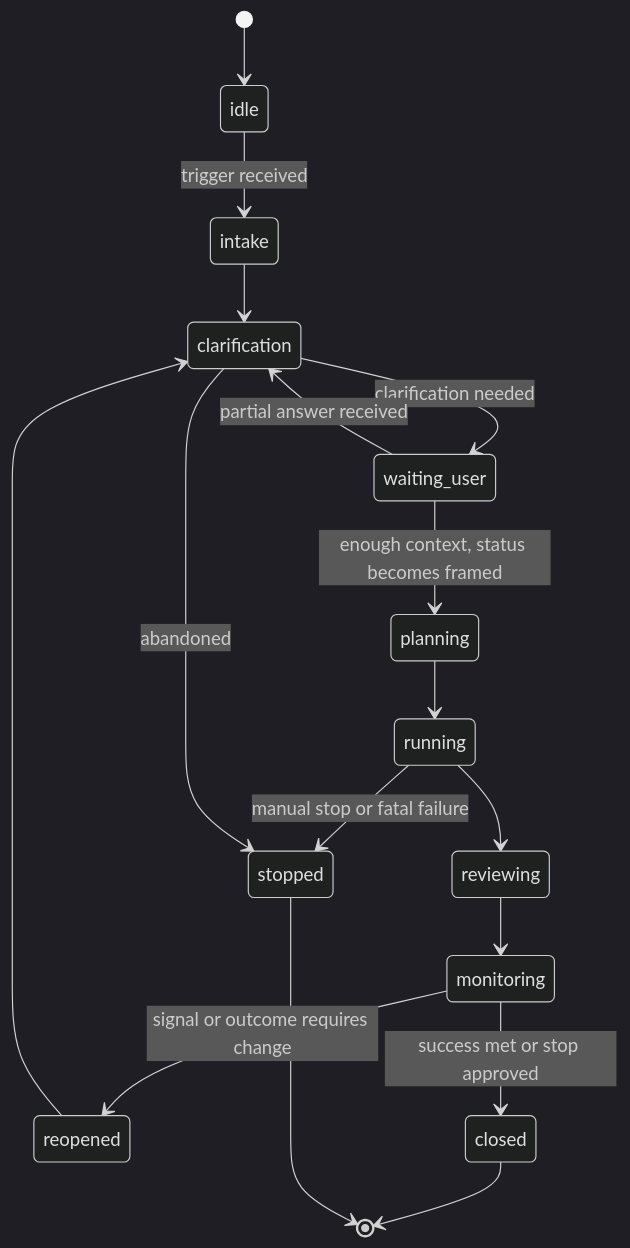
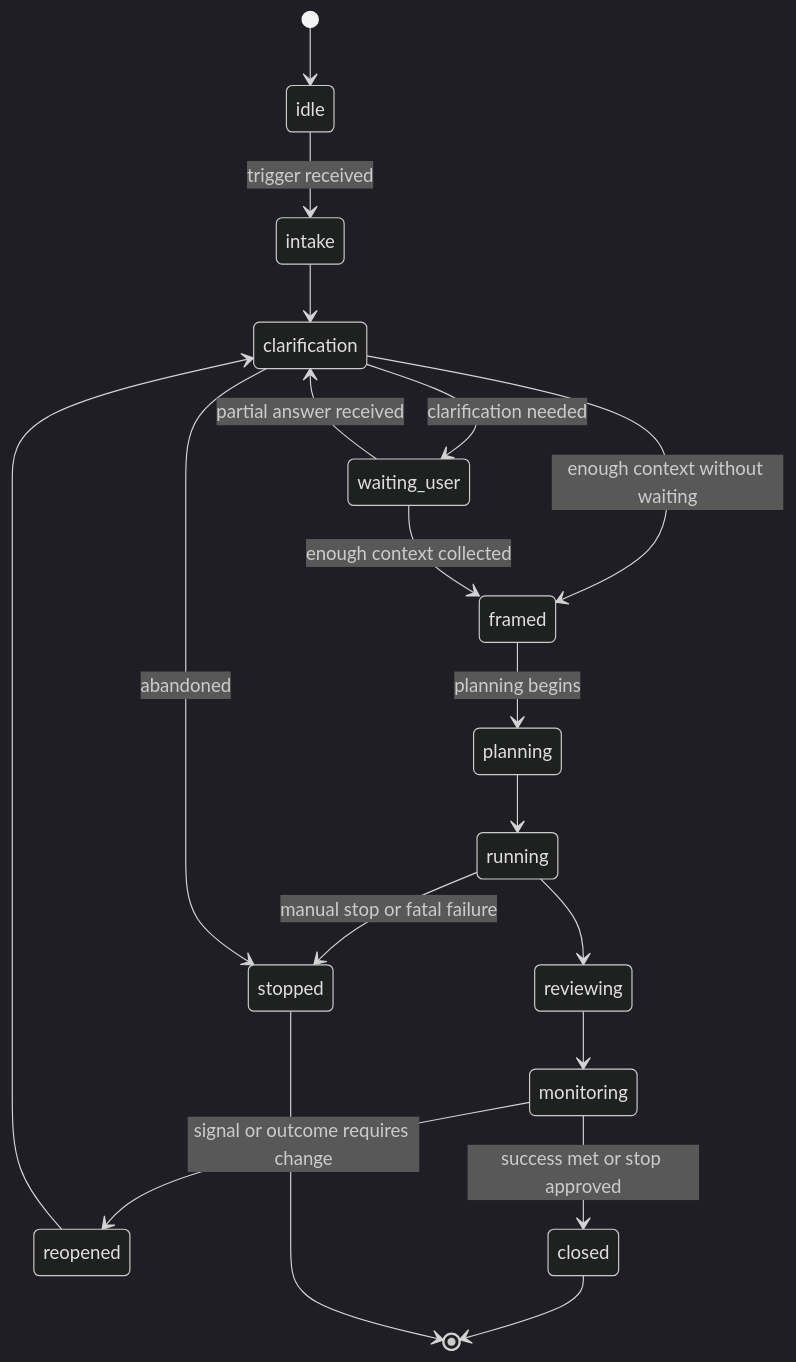
One commit to popcoondev/ai-organization-framework changed the diagram in docs/runtime-session-model.md. Above: the diagram before and after it, drawn with Mermaid (dark theme). The commit also changed other lines of this file and 7 other files, not shown here.

````diff
--- a/docs/runtime-session-model.md
+++ b/docs/runtime-session-model.md
@@ -61,19 +61,21 @@
 ```mermaid
 stateDiagram-v2
     [*] --> idle
     idle --> intake: trigger received
     intake --> clarification
     clarification --> waiting_user: clarification needed
+    clarification --> framed: enough context without waiting
     waiting_user --> clarification: partial answer received
-    waiting_user --> planning: enough context, status becomes framed
+    waiting_user --> framed: enough context collected
+    framed --> planning: planning begins
     planning --> running
     running --> reviewing
     reviewing --> monitoring
     monitoring --> reopened: signal or outcome requires change
     reopened --> clarification
     monitoring --> closed: success met or stop approved
     running --> stopped: manual stop or fatal failure
     clarification --> stopped: abandoned
     closed --> [*]
     stopped --> [*]
 ```
````
